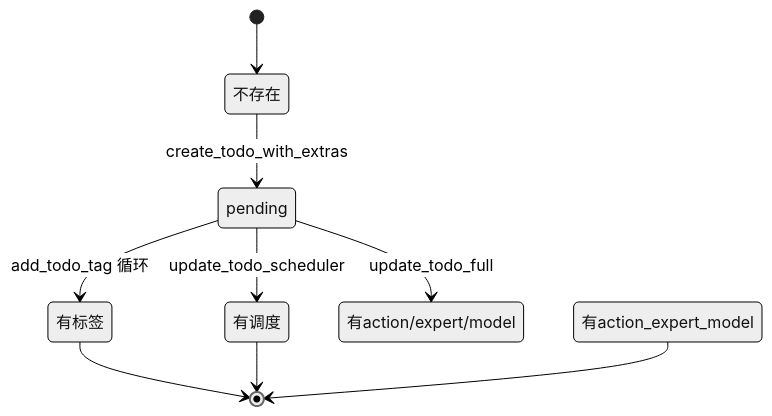
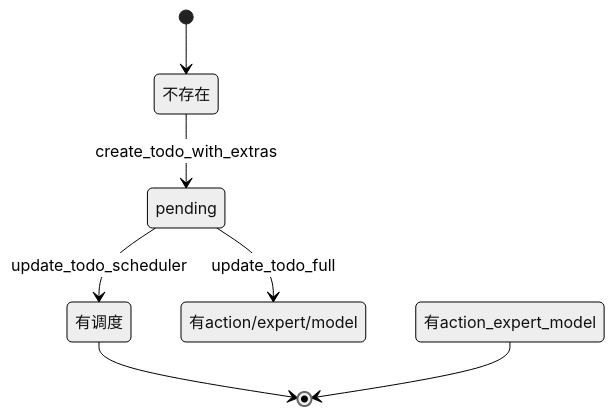
Before and after one commit to weibaohui/ntd: the second of 2 diagrams in frontend/src/help/pages/todo-list-create.md, drawn with Mermaid (neutral theme). The commit also changed other lines of this file and 92 other files, not shown here.

````diff
--- a/frontend/src/help/pages/todo-list-create.md
+++ b/frontend/src/help/pages/todo-list-create.md
@@ -43,11 +41,9 @@
 ```mermaid
 stateDiagram-v2
   [*] --> 不存在
   不存在 --> pending: create_todo_with_extras
-  pending --> 有标签: add_todo_tag 循环
   pending --> 有调度: update_todo_scheduler
   pending --> 有action/expert/model: update_todo_full
-  有标签 --> [*]
   有调度 --> [*]
   有action_expert_model --> [*]
 ```
````
